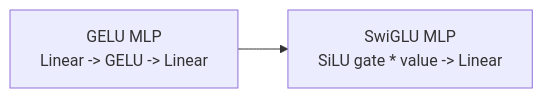
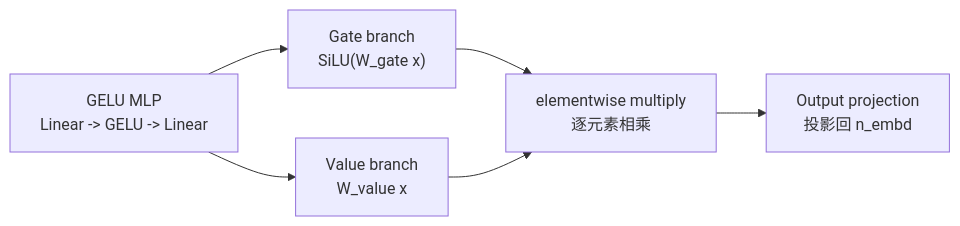
Before and after one commit to Lewis-Xinyu/gpt2-to-2026: the eighth of 9 diagrams in docs/architecture_roadmap.md, drawn with Mermaid. The commit also changed other lines of this file and 1 other file, not shown here.

Commit message:
Expand bilingual roadmap documentation

````diff
--- a/docs/architecture_roadmap.md
+++ b/docs/architecture_roadmap.md
@@ -117,6 +183,14 @@
 ```mermaid
 flowchart LR
     GELU["GELU MLP<br/>Linear -> GELU -> Linear"]
-    SWI["SwiGLU MLP<br/>SiLU gate * value -> Linear"]
-    GELU --> SWI
+    Gate["Gate branch<br/>SiLU(W_gate x)"]
+    Value["Value branch<br/>W_value x"]
+    Mul["elementwise multiply<br/>逐元素相乘"]
+    Proj["Output projection<br/>投影回 n_embd"]
+
+    GELU --> Gate
+    GELU --> Value
+    Gate --> Mul
+    Value --> Mul
+    Mul --> Proj
 ```
````
